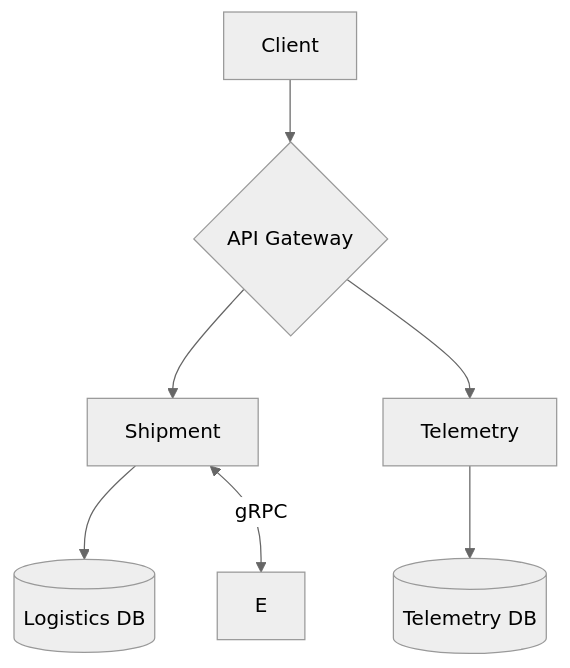
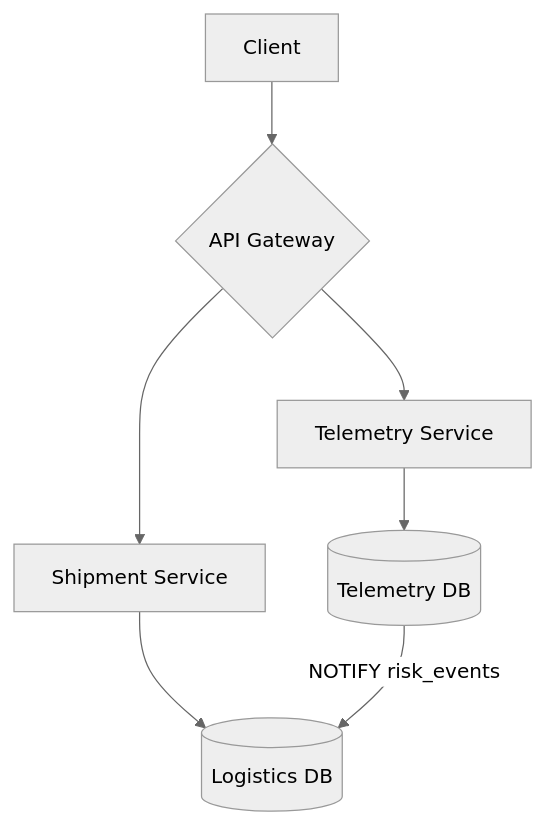
Before and after one commit to BadrChoubai/logistics-microservices: the first of 3 diagrams in ARCHITECTURE.md, drawn with Mermaid (neutral theme). The commit also changed other lines of this file and 15 other files, not shown here.

````diff
--- a/ARCHITECTURE.md
+++ b/ARCHITECTURE.md
@@ -99,7 +122,7 @@
 ```mermaid
 flowchart TD
     A[Client] --> B{API Gateway}
-    B --> C[Shipment] --> D[(Logistics DB)]
-    B --> G[Telemetry] --> H[(Telemetry DB)]
-    C <-->|gRPC| E
+    B --> C[Shipment Service] --> D[(Logistics DB)]
+    B --> G[Telemetry Service] --> H[(Telemetry DB)]
+    H -->|NOTIFY risk_events| D
 ```
````
